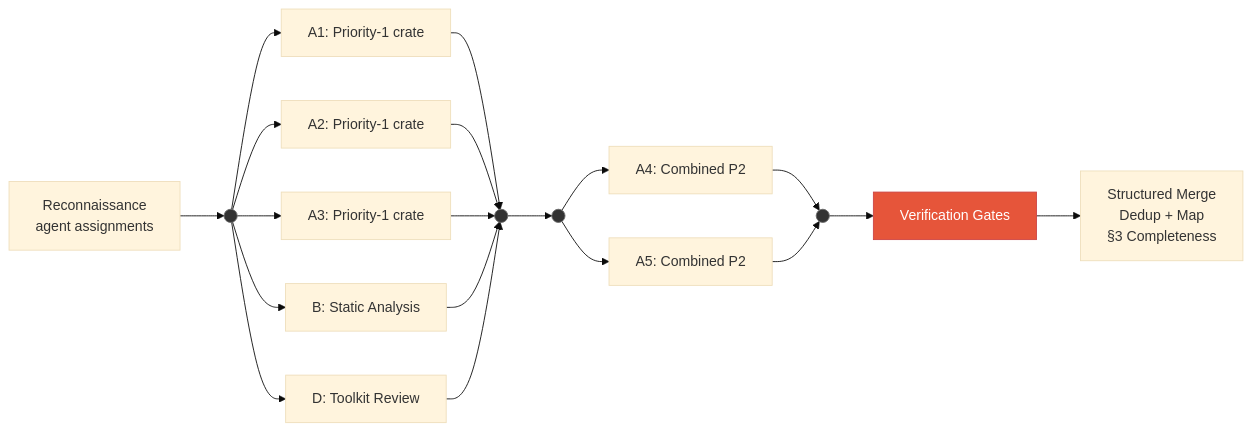
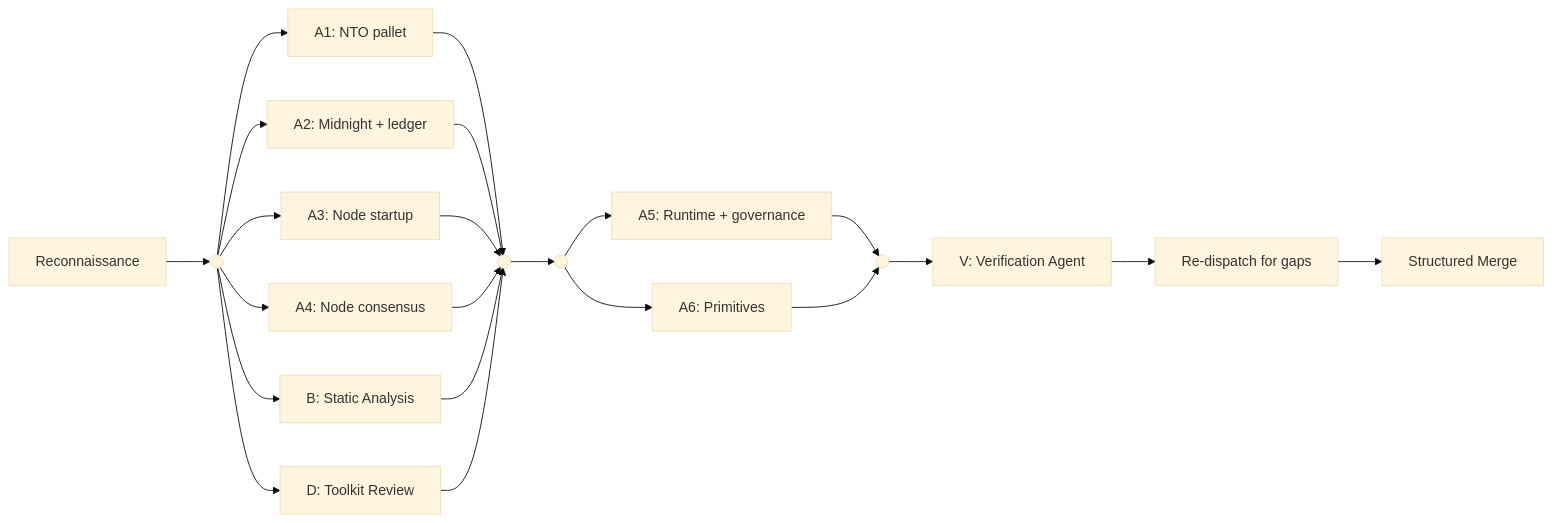
One commit to m2ux/workflow-server changed the second of 6 diagrams in substrate-node-security-audit/README.md. Above: the diagram before and after it, drawn with Mermaid (base theme). The commit also changed other lines of this file and 6 other files, not shown here.

First line of the commit message:
feat(substrate-node-security-audit): v4.14.0 — agent split and verification sub-agent

````diff
--- a/substrate-node-security-audit/README.md
+++ b/substrate-node-security-audit/README.md
@@ -92,33 +94,30 @@
 ```mermaid
 graph LR
-    REC[Reconnaissance<br/>agent assignments] --> FORK1(( ))
+    REC[Reconnaissance] --> FORK1(( ))
 
-    FORK1 --> A1["A1: Priority-1 crate"]
-    FORK1 --> A2["A2: Priority-1 crate"]
-    FORK1 --> A3["A3: Priority-1 crate"]
+    FORK1 --> A1["A1: NTO pallet"]
+    FORK1 --> A2["A2: Midnight + ledger"]
+    FORK1 --> A3["A3: Node startup"]
+    FORK1 --> A4["A4: Node consensus"]
     FORK1 --> B["B: Static Analysis"]
     FORK1 --> D["D: Toolkit Review"]
 
     A1 --> JOIN1(( ))
     A2 --> JOIN1
     A3 --> JOIN1
+    A4 --> JOIN1
     B --> JOIN1
     D --> JOIN1
 
     JOIN1 --> FORK2(( ))
 
-    FORK2 --> A4["A4: Combined P2"]
-    FORK2 --> A5["A5: Combined P2"]
+    FORK2 --> A5["A5: Runtime + governance"]
+    FORK2 --> A6["A6: Primitives"]
 
-    A4 --> JOIN2(( ))
-    A5 --> JOIN2
+    A5 --> JOIN2(( ))
+    A6 --> JOIN2
 
-    JOIN2 --> VER["Verification Gates"]
-    VER --> MERGE["Structured Merge<br/>Dedup + Map<br/>§3 Completeness"]
-
-    style FORK1 fill:#333,stroke:#666,color:#333
-    style JOIN1 fill:#333,stroke:#666,color:#333
-    style FORK2 fill:#333,stroke:#666,color:#333
-    style JOIN2 fill:#333,stroke:#666,color:#333
-    style VER fill:#e6553a,stroke:#c44,color:#fff
+    JOIN2 --> V["V: Verification Agent"]
+    V --> REDISPATCH["Re-dispatch for gaps"]
+    REDISPATCH --> MERGE["Structured Merge"]
 ```
````
